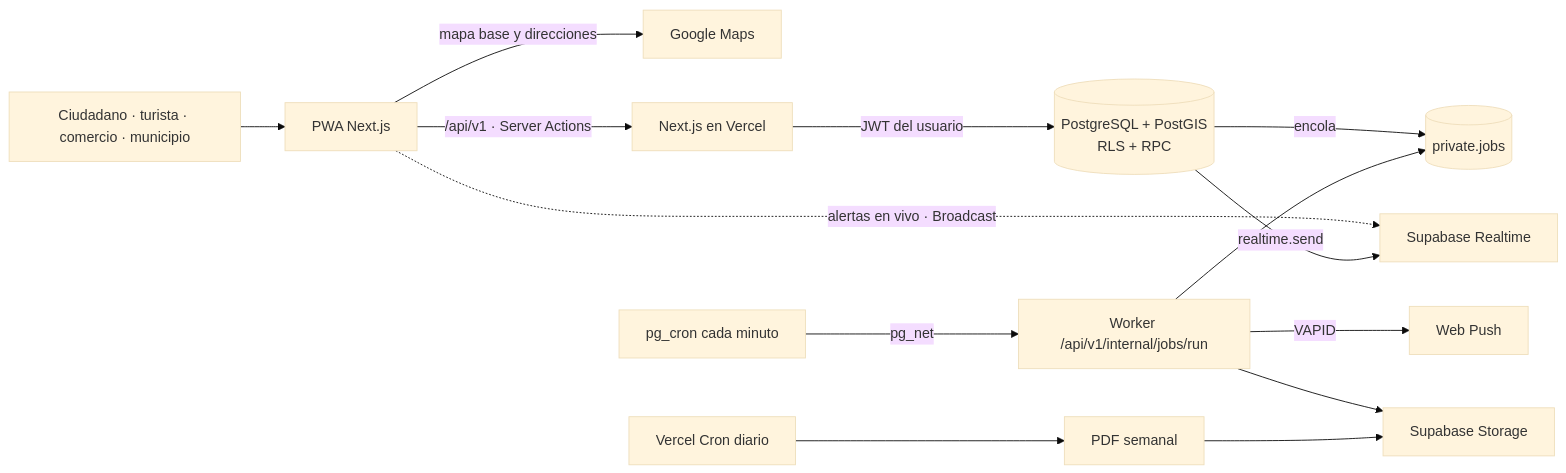
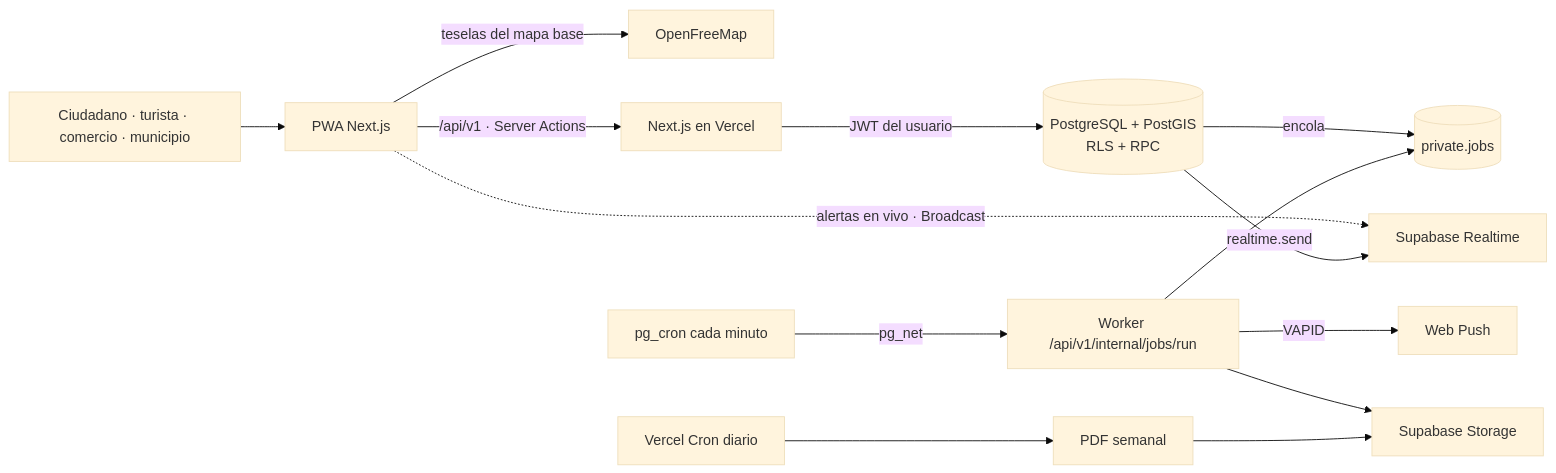
One commit to Pavel0990/CERTIC-MAPS-SR changed the first of 5 diagrams in ARCHITECTURE.md. Above: the diagram before and after it, drawn with Mermaid (base theme). The commit also changed other lines of this file and 10 other files, not shown here.

First line of the commit message:
docs: MIT license, ADR-022 (MapLibre + OpenFreeMap), security policy, demo script, resident test guide

````diff
--- a/ARCHITECTURE.md
+++ b/ARCHITECTURE.md
@@ -153,15 +153,15 @@
 ```mermaid
 flowchart LR
     U[Ciudadano · turista · comercio · municipio] --> PWA[PWA Next.js]
-    PWA -->|mapa base y direcciones| G[Google Maps]
+    PWA -->|teselas del mapa base| G[OpenFreeMap]
     PWA -->|/api/v1 · Server Actions| NX[Next.js en Vercel]
     PWA -.->|alertas en vivo · Broadcast| RT[Supabase Realtime]
     NX -->|JWT del usuario| DB[(PostgreSQL + PostGIS<br/>RLS + RPC)]
     DB -->|encola| Q[(private.jobs)]
     CRON[pg_cron cada minuto] -->|pg_net| W[Worker /api/v1/internal/jobs/run]
     W --> Q
     W -->|VAPID| PUSH[Web Push]
     W --> ST[Supabase Storage]
     VC[Vercel Cron diario] --> PDF[PDF semanal] --> ST
     DB -->|realtime.send| RT
 ```
````
